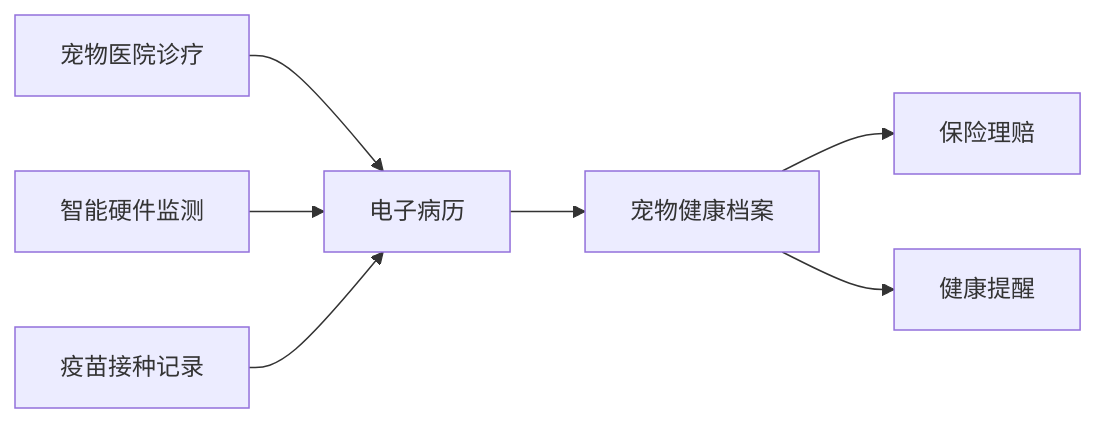
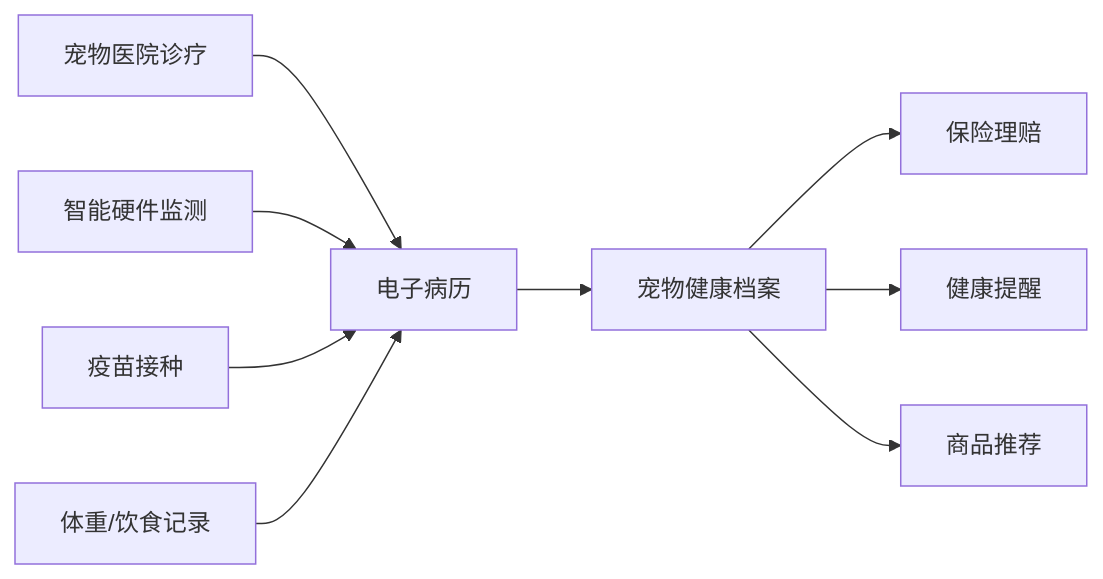
One commit to kudig-io/kudig-database changed the second of 3 diagrams in topic-application-architecture/37-pet-economy.md. Above: the diagram before and after it, drawn with Mermaid. The commit also changed other lines of this file and 8633 other files, not shown here.

````diff
--- a/topic-application-architecture/37-pet-economy.md
+++ b/topic-application-architecture/37-pet-economy.md
@@ -136,9 +167,11 @@
 ```mermaid
 flowchart LR
-    A[宠物医院诊疗] --> B[电子病历]
-    C[智能硬件监测] --> B
-    D[疫苗接种记录] --> B
-    B --> E[宠物健康档案]
-    E --> F[保险理赔]
-    E --> G[健康提醒]
+    A[宠物医院诊疗] --> F[电子病历]
+    B[智能硬件监测] --> F
+    C[疫苗接种] --> F
+    D[体重/饮食记录] --> F
+    F --> G[宠物健康档案]
+    G --> H[保险理赔]
+    G --> I[健康提醒]
+    G --> J[商品推荐]
 ```
````
